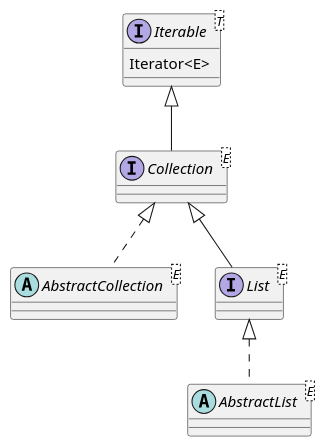
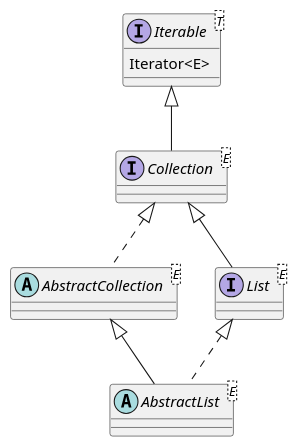
One commit to Chen-Jing-Bo/jdk1.8.0_144 changed the diagram in uml/Collection.puml. Above: the diagram before and after it, drawn with PlantUML.

Commit message:
v1.0 modify:集合顶层接口uml图

```diff
--- a/uml/Collection.puml
+++ b/uml/Collection.puml
@@ -1,11 +1,11 @@
 @startuml
 interface Iterable<T>{
  Iterator<E>
  }
 
 interface Collection<E> extends Iterable
 abstract class AbstractCollection<E> implements Collection
 interface List<E> extends Collection
-abstract class AbstractList<E> implements List
+abstract class AbstractList<E>  extends AbstractCollection implements List
 
 @enduml
```
